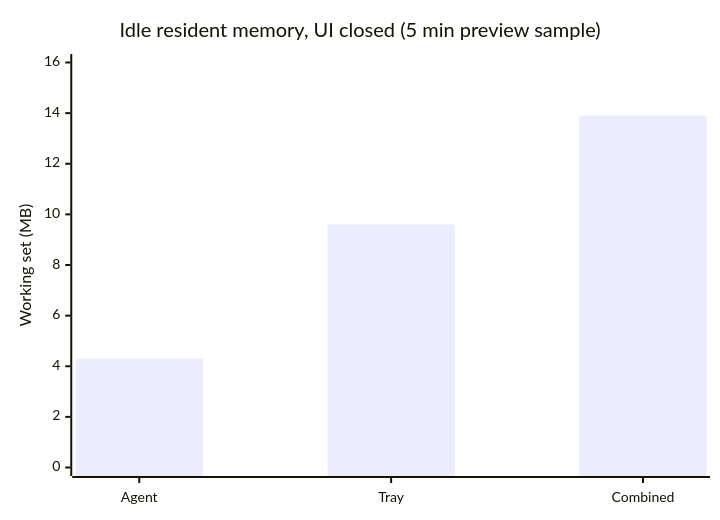
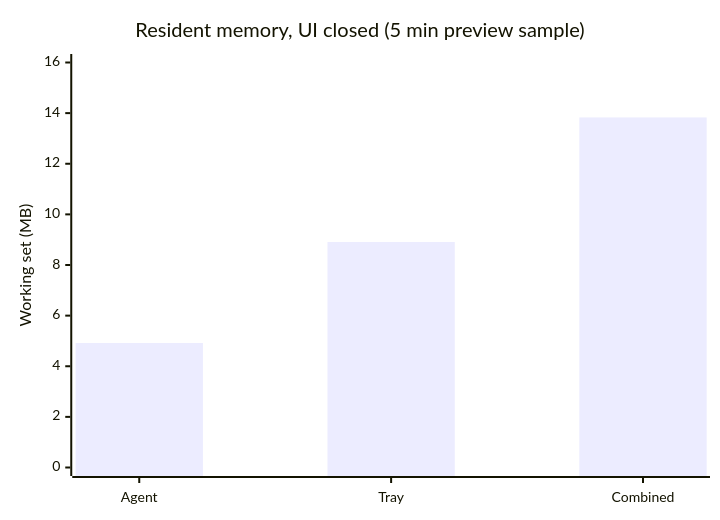
The diagram in README.md (4ismael1/powershift), drawn with Mermaid before and after one commit. The commit also changed other lines of this file and 20 other files, not shown here.

````diff
--- a/README.md
+++ b/README.md
@@ -94,7 +102,7 @@
 ```mermaid
 xychart-beta
-  title "Idle resident memory, UI closed (5 min preview sample)"
+  title "Resident memory, UI closed (5 min preview sample)"
   x-axis ["Agent", "Tray", "Combined"]
   y-axis "Working set (MB)" 0 --> 16
-  bar [4.3, 9.6, 13.9]
+  bar [4.92, 8.91, 13.83]
 ```
````
